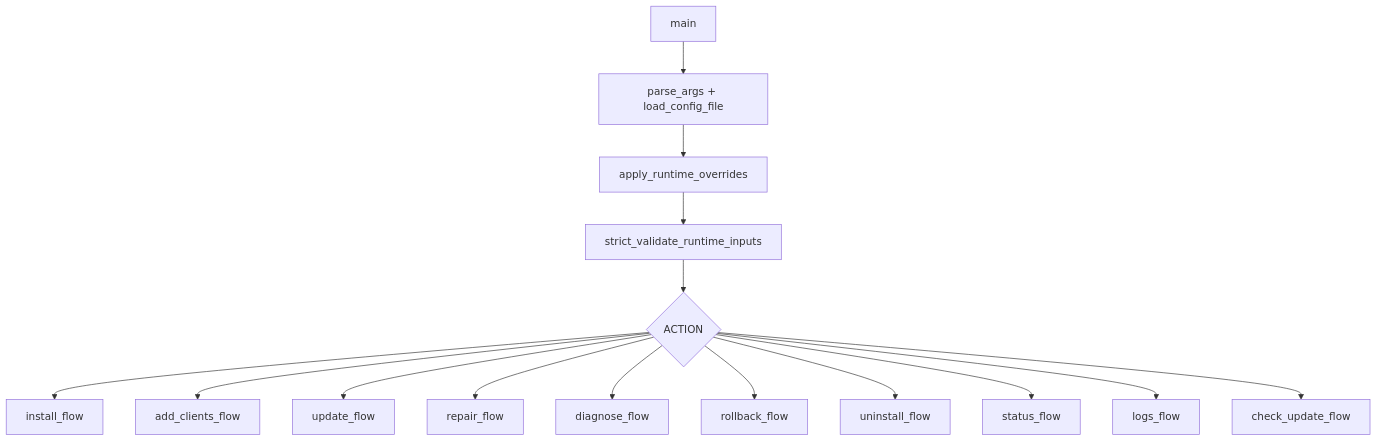
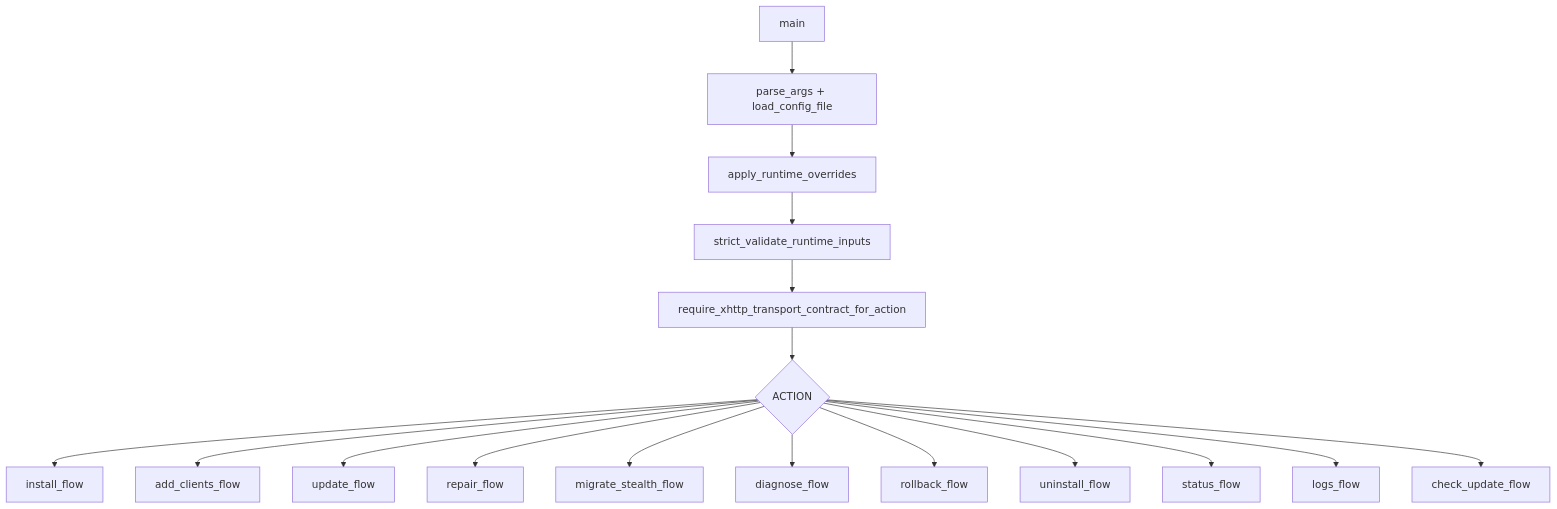
One commit to neket58174/network-stealth-core changed the second of 2 diagrams in docs/en/ARCHITECTURE.md. Above: the diagram before and after it, drawn with Mermaid. The commit also changed other lines of this file and 40 other files, not shown here.

Commit message:
feat: cut v6 xhttp-only runtime contract

````diff
--- a/docs/en/ARCHITECTURE.md
+++ b/docs/en/ARCHITECTURE.md
@@ -86,18 +79,20 @@
 ```mermaid
 flowchart TD
     M[main] --> P[parse_args + load_config_file]
     P --> O[apply_runtime_overrides]
     O --> V[strict_validate_runtime_inputs]
-    V --> A{ACTION}
+    V --> X[require_xhttp_transport_contract_for_action]
+    X --> A{ACTION}
 
     A --> I[install_flow]
     A --> AC[add_clients_flow]
     A --> U[update_flow]
     A --> R[repair_flow]
+    A --> MS[migrate_stealth_flow]
     A --> D[diagnose_flow]
     A --> RB[rollback_flow]
-    A --> X[uninstall_flow]
+    A --> UN[uninstall_flow]
     A --> ST[status_flow]
     A --> LG[logs_flow]
     A --> CU[check_update_flow]
 ```
````
